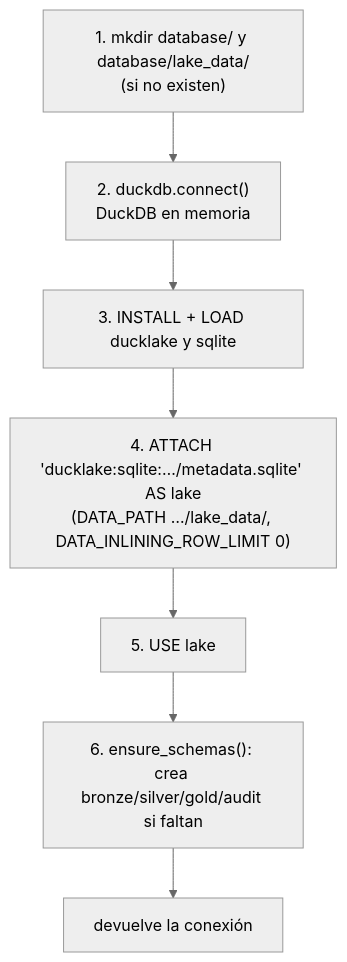
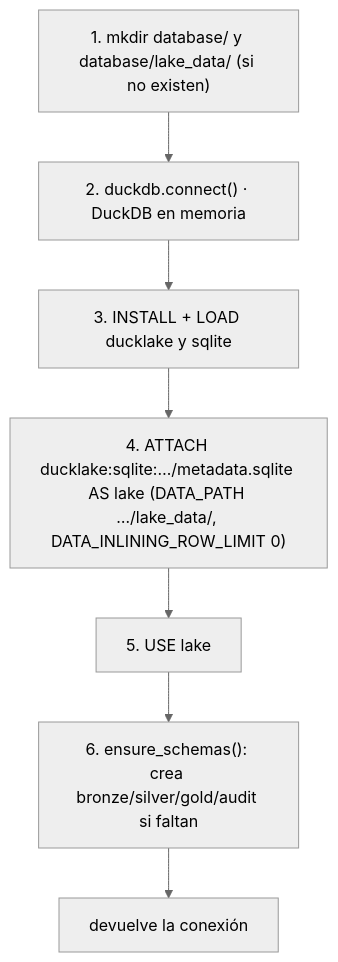
Before and after one commit to dataeng-dev/Data_Architecture: the third of 8 diagrams in GUIA_DEL_CODIGO.md, drawn with Mermaid (neutral theme). The commit also changed other lines of this file and 1 other file, not shown here.

````diff
--- a/GUIA_DEL_CODIGO.md
+++ b/GUIA_DEL_CODIGO.md
@@ -198,9 +198,9 @@
 ```mermaid
 flowchart TD
-  A["1. mkdir database/ y database/lake_data/<br/>(si no existen)"] --> B["2. duckdb.connect()<br/>DuckDB en memoria"]
+  A["1. mkdir database/ y database/lake_data/ (si no existen)"] --> B["2. duckdb.connect() · DuckDB en memoria"]
   B --> C["3. INSTALL + LOAD ducklake y sqlite"]
-  C --> D["4. ATTACH 'ducklake:sqlite:…/metadata.sqlite' AS lake<br/>(DATA_PATH …/lake_data/, DATA_INLINING_ROW_LIMIT 0)"]
+  C --> D["4. ATTACH ducklake:sqlite:…/metadata.sqlite AS lake (DATA_PATH …/lake_data/, DATA_INLINING_ROW_LIMIT 0)"]
   D --> E["5. USE lake"]
   E --> F["6. ensure_schemas(): crea bronze/silver/gold/audit si faltan"]
   F --> G["devuelve la conexión"]
 ```
````
